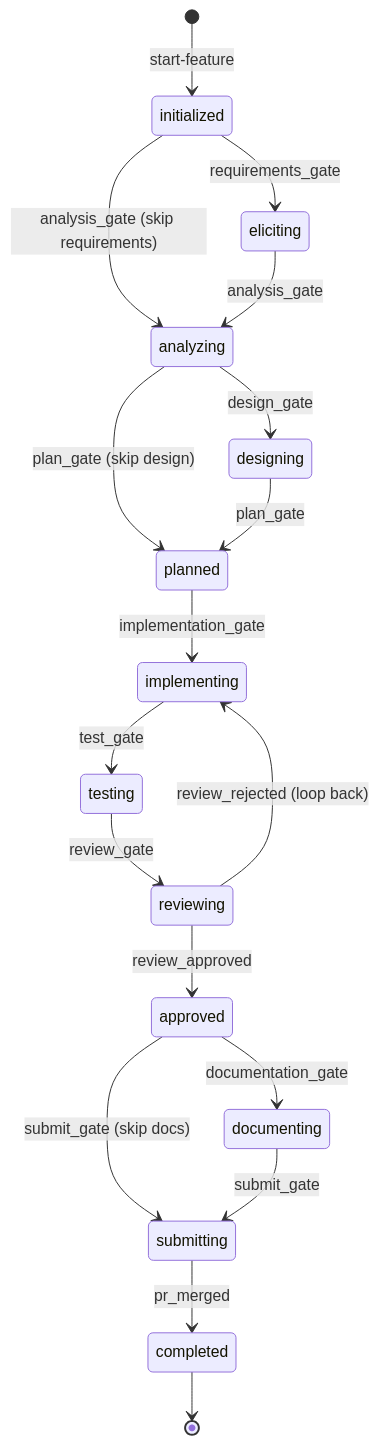
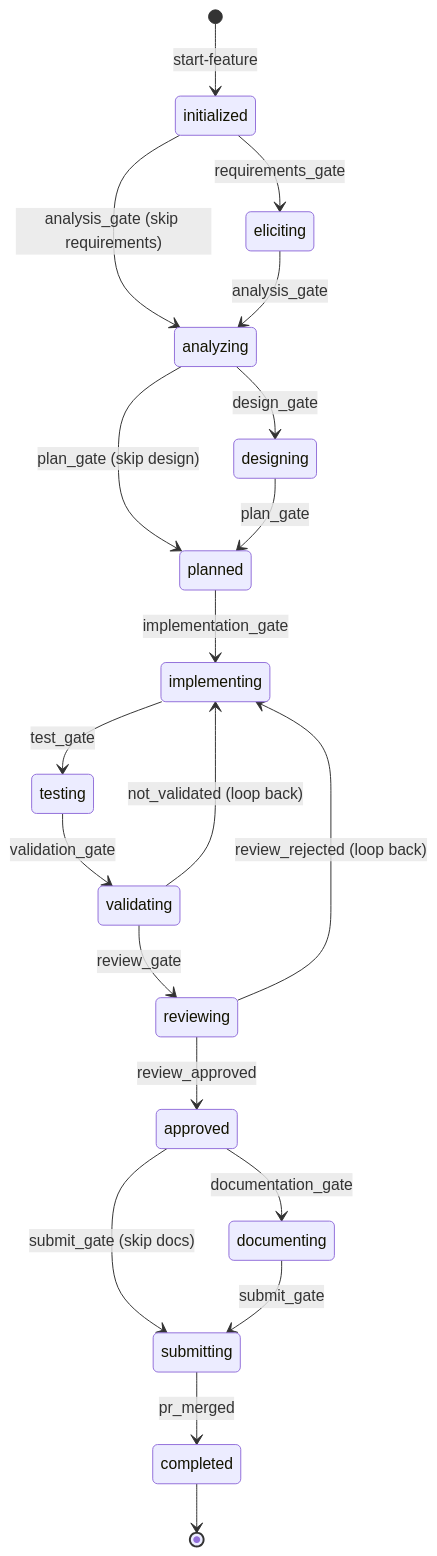
Before and after one commit to nanikasheila/copilot-cli-workflow-framework: the third of 3 diagrams in README.md, drawn with Mermaid. The commit also changed other lines of this file, not shown here.

````diff
--- a/README.md
+++ b/README.md
@@ -325,20 +349,22 @@
 ```mermaid
 stateDiagram-v2
     [*] --> initialized: start-feature
     initialized --> eliciting: requirements_gate
     initialized --> analyzing: analysis_gate (skip requirements)
     eliciting --> analyzing: analysis_gate
     analyzing --> designing: design_gate
     analyzing --> planned: plan_gate (skip design)
     designing --> planned: plan_gate
     planned --> implementing: implementation_gate
     implementing --> testing: test_gate
-    testing --> reviewing: review_gate
+    testing --> validating: validation_gate
+    validating --> reviewing: review_gate
+    validating --> implementing: not_validated (loop back)
     reviewing --> approved: review_approved
     reviewing --> implementing: review_rejected (loop back)
     approved --> documenting: documentation_gate
     approved --> submitting: submit_gate (skip docs)
     documenting --> submitting: submit_gate
     submitting --> completed: pr_merged
     completed --> [*]
 ```
````
